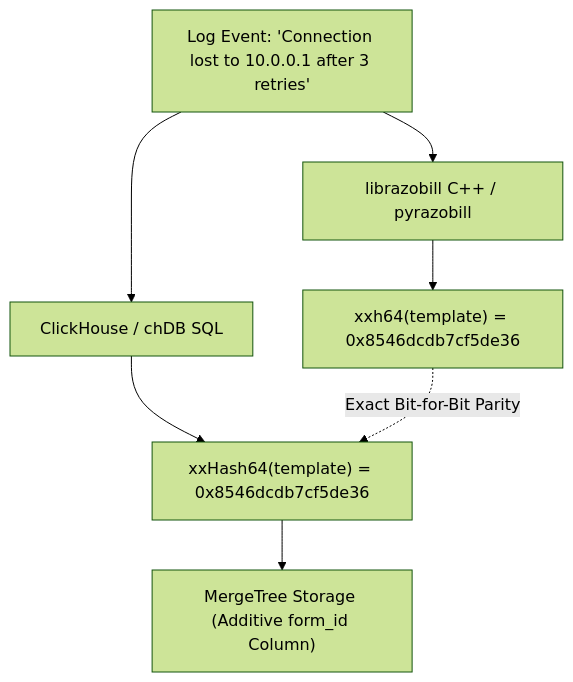
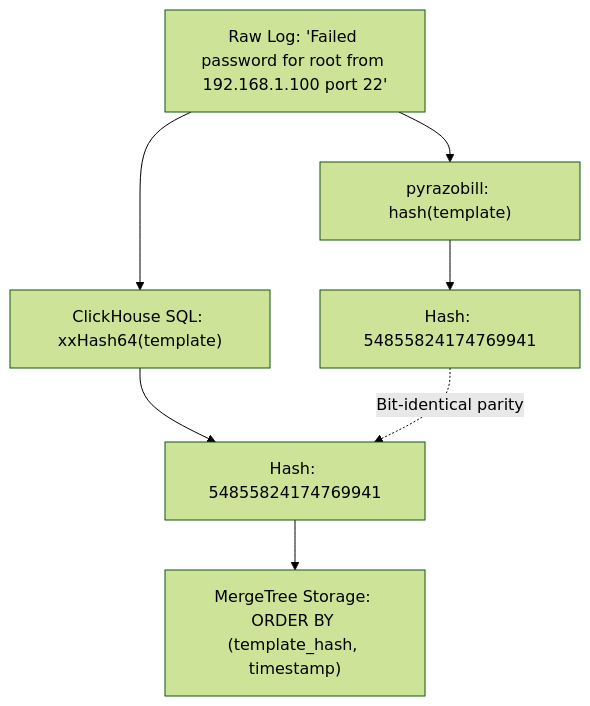
One commit to 4t1a/razobill changed the diagram in docs/how-to/chdb.md. Above: the diagram before and after it, drawn with Mermaid (forest theme). The commit also changed other lines of this file and 10 other files, not shown here.

````diff
--- a/docs/how-to/chdb.md
+++ b/docs/how-to/chdb.md
@@ -28,10 +31,10 @@
 ```mermaid
 flowchart TD
-    Raw["Log Event: 'Connection lost to 10.0.0.1 after 3 retries'"]
-    Raw --> Core["librazobill C++ / pyrazobill"]
-    Raw --> CHSQL["ClickHouse / chDB SQL"]
-    Core --> CoreHash["xxh64(template) = 0x8546dcdb7cf5de36"]
-    CHSQL --> CHHash["xxHash64(template) = 0x8546dcdb7cf5de36"]
-    CoreHash -. Exact Bit-for-Bit Parity .-> CHHash
-    CHHash --> MT["MergeTree Storage (Additive form_id Column)"]
+    Raw["Raw Log: 'Failed password for root from 192.168.1.100 port 22'"]
+    Raw --> RZ["pyrazobill: hash(template)"]
+    Raw --> CH["ClickHouse SQL: xxHash64(template)"]
+    RZ --> H1["Hash: 54855824174769941"]
+    CH --> H2["Hash: 54855824174769941"]
+    H1 -. Bit-identical parity .-> H2
+    H2 --> MT["MergeTree Storage: ORDER BY (template_hash, timestamp)"]
 ```
````
